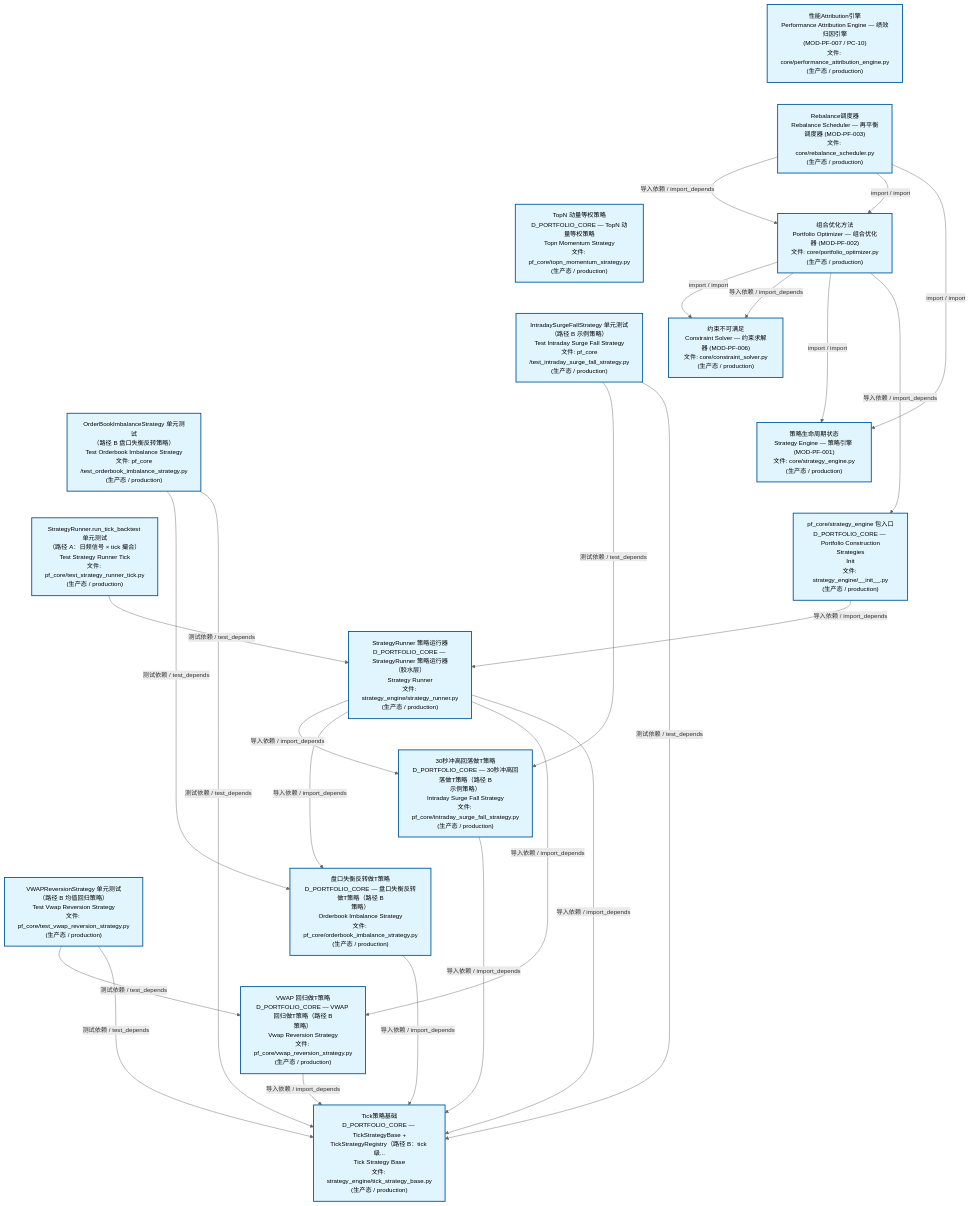
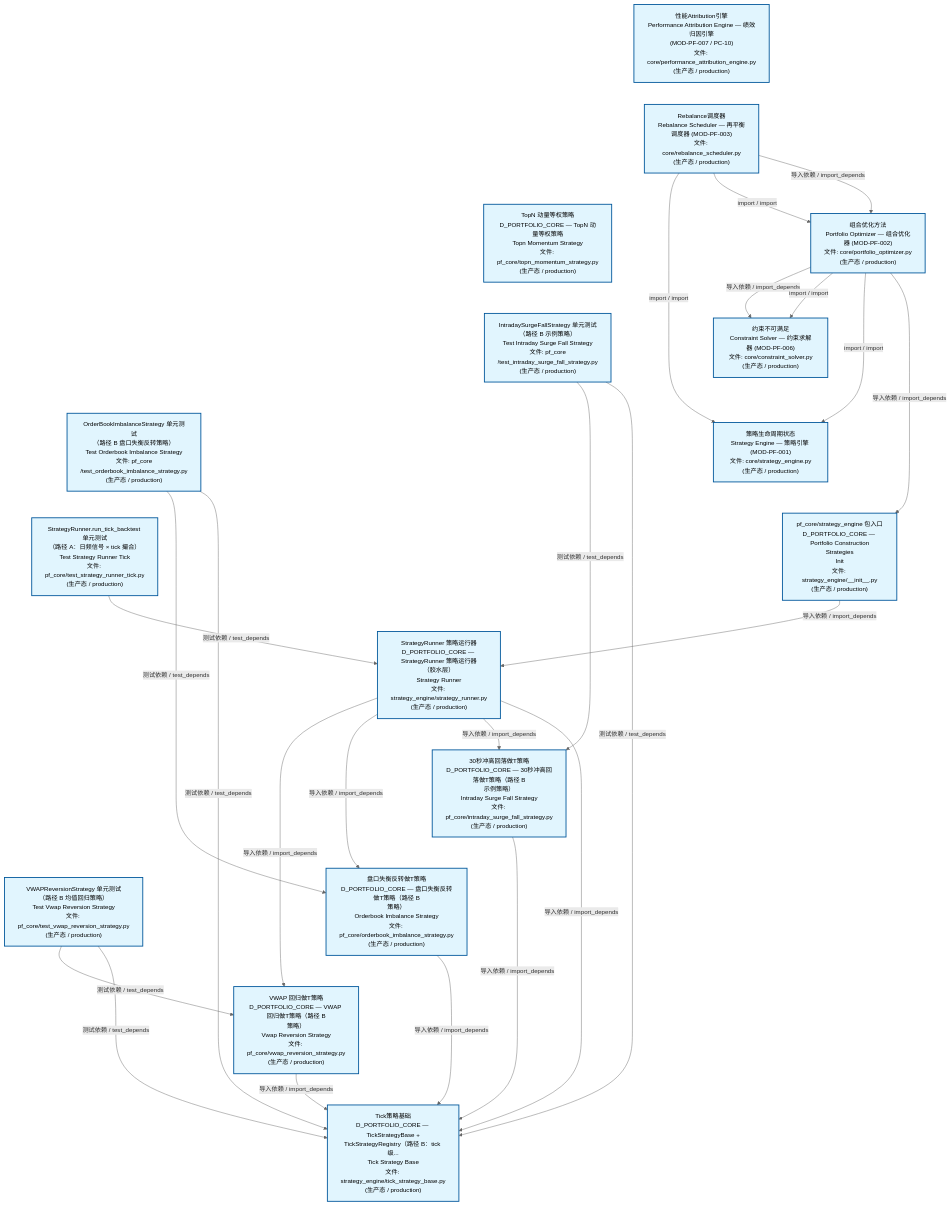
One commit to xuanFelixVan/ZephyrAlpha changed the second of 3 diagrams in docs/02_enterprise_architecture/02_domain_architecture_docs/63_d_pf_core.md. Above: the diagram before and after it, drawn with Mermaid. The commit also changed other lines of this file and 41 other files, not shown here.

````diff
--- a/docs/02_enterprise_architecture/02_domain_architecture_docs/63_d_pf_core.md
+++ b/docs/02_enterprise_architecture/02_domain_architecture_docs/63_d_pf_core.md
@@ -141,57 +140,57 @@
 ```mermaid
 %%{init: {'theme': 'base', 'themeVariables': {'primaryColor': '#eaeaea', 'primaryTextColor': '#333333', 'primaryBorderColor': '#666666', 'lineColor': '#666666', 'secondaryColor': '#eaeaea', 'tertiaryColor': '#eaeaea', 'fontSize': '14px'}}}%%
 flowchart TD
     src_zephyr_pf_core_core_performance_attribution_engine_py["性能Attribution引擎<br/>Performance Attribution Engine — 绩效归因引擎<br/>(MOD-PF-007 / PC-10)<br/>文件: core/performance_attribution_engine.py<br/>(生产态 / production)"]
     src_zephyr_pf_core_core_rebalance_scheduler_py["Rebalance调度器<br/>Rebalance Scheduler — 再平衡调度器 (MOD-PF-003)<br/>文件: core/rebalance_scheduler.py<br/>(生产态 / production)"]
     src_zephyr_pf_core_topn_momentum_strategy_py["TopN 动量等权策略<br/>D_PORTFOLIO_CORE — TopN 动量等权策略<br/>Topn Momentum Strategy<br/>文件: pf_core/topn_momentum_strategy.py<br/>(生产态 / production)"]
     tests_pf_core_test_intraday_surge_fall_strategy_py["IntradaySurgeFallStrategy 单元测试<br/>（路径 B 示例策略）<br/>Test Intraday Surge Fall Strategy<br/>文件: pf_core<br/>/test_intraday_surge_fall_strategy.py<br/>(生产态 / production)"]
     tests_pf_core_test_orderbook_imbalance_strategy_py["OrderBookImbalanceStrategy 单元测试<br/>（路径 B 盘口失衡反转策略）<br/>Test Orderbook Imbalance Strategy<br/>文件: pf_core<br/>/test_orderbook_imbalance_strategy.py<br/>(生产态 / production)"]
     tests_pf_core_test_strategy_runner_tick_py["StrategyRunner.run_tick_backtest 单元测试<br/>（路径 A：日频信号 × tick 撮合）<br/>Test Strategy Runner Tick<br/>文件: pf_core/test_strategy_runner_tick.py<br/>(生产态 / production)"]
     tests_pf_core_test_vwap_reversion_strategy_py["VWAPReversionStrategy 单元测试<br/>（路径 B 均值回归策略）<br/>Test Vwap Reversion Strategy<br/>文件: pf_core/test_vwap_reversion_strategy.py<br/>(生产态 / production)"]
     src_zephyr_pf_core_core_performance_attribution_engine_py ~~~ src_zephyr_pf_core_core_rebalance_scheduler_py
     src_zephyr_pf_core_core_rebalance_scheduler_py ~~~ src_zephyr_pf_core_topn_momentum_strategy_py
     src_zephyr_pf_core_topn_momentum_strategy_py ~~~ tests_pf_core_test_intraday_surge_fall_strategy_py
     tests_pf_core_test_intraday_surge_fall_strategy_py ~~~ tests_pf_core_test_orderbook_imbalance_strategy_py
     tests_pf_core_test_orderbook_imbalance_strategy_py ~~~ tests_pf_core_test_strategy_runner_tick_py
     tests_pf_core_test_strategy_runner_tick_py ~~~ tests_pf_core_test_vwap_reversion_strategy_py
     src_zephyr_pf_core_core_portfolio_optimizer_py["组合优化方法<br/>Portfolio Optimizer — 组合优化器 (MOD-PF-002)<br/>文件: core/portfolio_optimizer.py<br/>(生产态 / production)"]
     src_zephyr_pf_core_core_constraint_solver_py["约束不可满足<br/>Constraint Solver — 约束求解器 (MOD-PF-006)<br/>文件: core/constraint_solver.py<br/>(生产态 / production)"]
     src_zephyr_pf_core_core_strategy_engine_py["策略生命周期状态<br/>Strategy Engine — 策略引擎 (MOD-PF-001)<br/>文件: core/strategy_engine.py<br/>(生产态 / production)"]
     src_zephyr_pf_core_strategy_engine_init_py["pf_core/strategy_engine 包入口<br/>D_PORTFOLIO_CORE — Portfolio Construction<br/>Strategies<br/>Init<br/>文件: strategy_engine/__init__.py<br/>(生产态 / production)"]
     src_zephyr_pf_core_core_constraint_solver_py ~~~ src_zephyr_pf_core_core_strategy_engine_py
     src_zephyr_pf_core_core_strategy_engine_py ~~~ src_zephyr_pf_core_strategy_engine_init_py
     src_zephyr_pf_core_strategy_engine_strategy_runner_py["StrategyRunner 策略运行器<br/>D_PORTFOLIO_CORE — StrategyRunner 策略运行器<br/>（胶水层）<br/>Strategy Runner<br/>文件: strategy_engine/strategy_runner.py<br/>(生产态 / production)"]
     src_zephyr_pf_core_intraday_surge_fall_strategy_py["30秒冲高回落做T策略<br/>D_PORTFOLIO_CORE — 30秒冲高回落做T策略（路径 B<br/>示例策略）<br/>Intraday Surge Fall Strategy<br/>文件: pf_core/intraday_surge_fall_strategy.py<br/>(生产态 / production)"]
     src_zephyr_pf_core_orderbook_imbalance_strategy_py["盘口失衡反转做T策略<br/>D_PORTFOLIO_CORE — 盘口失衡反转做T策略（路径 B<br/>策略）<br/>Orderbook Imbalance Strategy<br/>文件: pf_core/orderbook_imbalance_strategy.py<br/>(生产态 / production)"]
     src_zephyr_pf_core_vwap_reversion_strategy_py["VWAP 回归做T策略<br/>D_PORTFOLIO_CORE — VWAP 回归做T策略（路径 B<br/>策略）<br/>Vwap Reversion Strategy<br/>文件: pf_core/vwap_reversion_strategy.py<br/>(生产态 / production)"]
     src_zephyr_pf_core_intraday_surge_fall_strategy_py ~~~ src_zephyr_pf_core_orderbook_imbalance_strategy_py
     src_zephyr_pf_core_orderbook_imbalance_strategy_py ~~~ src_zephyr_pf_core_vwap_reversion_strategy_py
     src_zephyr_pf_core_strategy_engine_tick_strategy_base_py["Tick策略基础<br/>D_PORTFOLIO_CORE — TickStrategyBase +<br/>TickStrategyRegistry（路径 B：tick 级...<br/>Tick Strategy Base<br/>文件: strategy_engine/tick_strategy_base.py<br/>(生产态 / production)"]
+    src_zephyr_pf_core_vwap_reversion_strategy_py -->|导入依赖 / import_depends| src_zephyr_pf_core_strategy_engine_tick_strategy_base_py
+    src_zephyr_pf_core_orderbook_imbalance_strategy_py -->|导入依赖 / import_depends| src_zephyr_pf_core_strategy_engine_tick_strategy_base_py
     src_zephyr_pf_core_intraday_surge_fall_strategy_py -->|导入依赖 / import_depends| src_zephyr_pf_core_strategy_engine_tick_strategy_base_py
-    src_zephyr_pf_core_orderbook_imbalance_strategy_py -->|导入依赖 / import_depends| src_zephyr_pf_core_strategy_engine_tick_strategy_base_py
+    src_zephyr_pf_core_core_rebalance_scheduler_py -->|import / import| src_zephyr_pf_core_core_strategy_engine_py
+    src_zephyr_pf_core_core_rebalance_scheduler_py -->|import / import| src_zephyr_pf_core_core_portfolio_optimizer_py
+    src_zephyr_pf_core_core_rebalance_scheduler_py -->|导入依赖 / import_depends| src_zephyr_pf_core_core_portfolio_optimizer_py
+    src_zephyr_pf_core_core_portfolio_optimizer_py -->|导入依赖 / import_depends| src_zephyr_pf_core_core_constraint_solver_py
     src_zephyr_pf_core_core_portfolio_optimizer_py -->|import / import| src_zephyr_pf_core_core_constraint_solver_py
-    src_zephyr_pf_core_core_portfolio_optimizer_py -->|导入依赖 / import_depends| src_zephyr_pf_core_core_constraint_solver_py
     src_zephyr_pf_core_core_portfolio_optimizer_py -->|import / import| src_zephyr_pf_core_core_strategy_engine_py
     src_zephyr_pf_core_core_portfolio_optimizer_py -->|导入依赖 / import_depends| src_zephyr_pf_core_strategy_engine_init_py
-    src_zephyr_pf_core_core_rebalance_scheduler_py -->|导入依赖 / import_depends| src_zephyr_pf_core_core_portfolio_optimizer_py
-    src_zephyr_pf_core_core_rebalance_scheduler_py -->|import / import| src_zephyr_pf_core_core_portfolio_optimizer_py
-    src_zephyr_pf_core_core_rebalance_scheduler_py -->|import / import| src_zephyr_pf_core_core_strategy_engine_py
-    src_zephyr_pf_core_vwap_reversion_strategy_py -->|导入依赖 / import_depends| src_zephyr_pf_core_strategy_engine_tick_strategy_base_py
+    src_zephyr_pf_core_strategy_engine_strategy_runner_py -->|导入依赖 / import_depends| src_zephyr_pf_core_vwap_reversion_strategy_py
+    src_zephyr_pf_core_strategy_engine_strategy_runner_py -->|导入依赖 / import_depends| src_zephyr_pf_core_orderbook_imbalance_strategy_py
+    src_zephyr_pf_core_strategy_engine_strategy_runner_py -->|导入依赖 / import_depends| src_zephyr_pf_core_intraday_surge_fall_strategy_py
+    src_zephyr_pf_core_strategy_engine_strategy_runner_py -->|导入依赖 / import_depends| src_zephyr_pf_core_strategy_engine_tick_strategy_base_py
     src_zephyr_pf_core_strategy_engine_init_py -->|导入依赖 / import_depends| src_zephyr_pf_core_strategy_engine_strategy_runner_py
-    src_zephyr_pf_core_strategy_engine_strategy_runner_py -->|导入依赖 / import_depends| src_zephyr_pf_core_intraday_surge_fall_strategy_py
-    src_zephyr_pf_core_strategy_engine_strategy_runner_py -->|导入依赖 / import_depends| src_zephyr_pf_core_orderbook_imbalance_strategy_py
-    src_zephyr_pf_core_strategy_engine_strategy_runner_py -->|导入依赖 / import_depends| src_zephyr_pf_core_vwap_reversion_strategy_py
-    src_zephyr_pf_core_strategy_engine_strategy_runner_py -->|导入依赖 / import_depends| src_zephyr_pf_core_strategy_engine_tick_strategy_base_py
+    tests_pf_core_test_orderbook_imbalance_strategy_py -->|测试依赖 / test_depends| src_zephyr_pf_core_orderbook_imbalance_strategy_py
+    tests_pf_core_test_orderbook_imbalance_strategy_py -->|测试依赖 / test_depends| src_zephyr_pf_core_strategy_engine_tick_strategy_base_py
     tests_pf_core_test_intraday_surge_fall_strategy_py -->|测试依赖 / test_depends| src_zephyr_pf_core_intraday_surge_fall_strategy_py
     tests_pf_core_test_intraday_surge_fall_strategy_py -->|测试依赖 / test_depends| src_zephyr_pf_core_strategy_engine_tick_strategy_base_py
-    tests_pf_core_test_orderbook_imbalance_strategy_py -->|测试依赖 / test_depends| src_zephyr_pf_core_orderbook_imbalance_strategy_py
-    tests_pf_core_test_orderbook_imbalance_strategy_py -->|测试依赖 / test_depends| src_zephyr_pf_core_strategy_engine_tick_strategy_base_py
     tests_pf_core_test_strategy_runner_tick_py -->|测试依赖 / test_depends| src_zephyr_pf_core_strategy_engine_strategy_runner_py
     tests_pf_core_test_vwap_reversion_strategy_py -->|测试依赖 / test_depends| src_zephyr_pf_core_vwap_reversion_strategy_py
     tests_pf_core_test_vwap_reversion_strategy_py -->|测试依赖 / test_depends| src_zephyr_pf_core_strategy_engine_tick_strategy_base_py
     classDef production fill:#e1f5fe,stroke:#01579b,stroke-width:2px,color:#000
     classDef design fill:#fff3e0,stroke:#e65100,stroke-width:2px,color:#000,stroke-dasharray: 5 5
     classDef external_prod fill:#e8f4fd,stroke:#0277bd,stroke-width:1px,color:#000
     classDef external_design fill:#fff8e7,stroke:#ef6c00,stroke-width:1px,color:#000,stroke-dasharray: 5 5
     class src_zephyr_pf_core_core_constraint_solver_py,src_zephyr_pf_core_core_performance_attribution_engine_py,src_zephyr_pf_core_core_portfolio_optimizer_py,src_zephyr_pf_core_core_rebalance_scheduler_py,src_zephyr_pf_core_core_strategy_engine_py,src_zephyr_pf_core_intraday_surge_fall_strategy_py,src_zephyr_pf_core_orderbook_imbalance_strategy_py,src_zephyr_pf_core_strategy_engine_init_py,src_zephyr_pf_core_strategy_engine_strategy_runner_py,src_zephyr_pf_core_strategy_engine_tick_strategy_base_py,src_zephyr_pf_core_topn_momentum_strategy_py,src_zephyr_pf_core_vwap_reversion_strategy_py,tests_pf_core_test_intraday_surge_fall_strategy_py,tests_pf_core_test_orderbook_imbalance_strategy_py,tests_pf_core_test_strategy_runner_tick_py,tests_pf_core_test_vwap_reversion_strategy_py production
 ```
````
